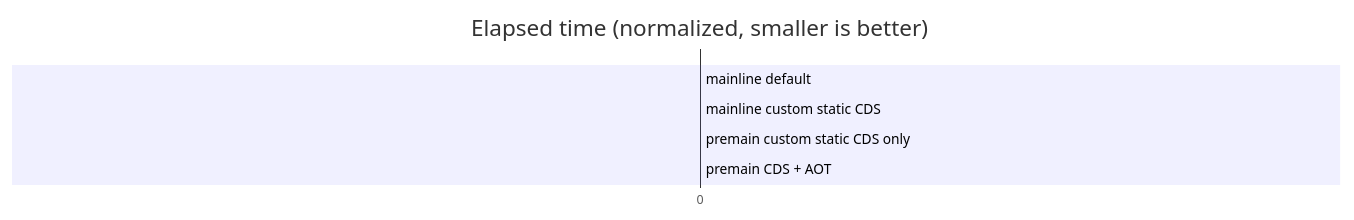
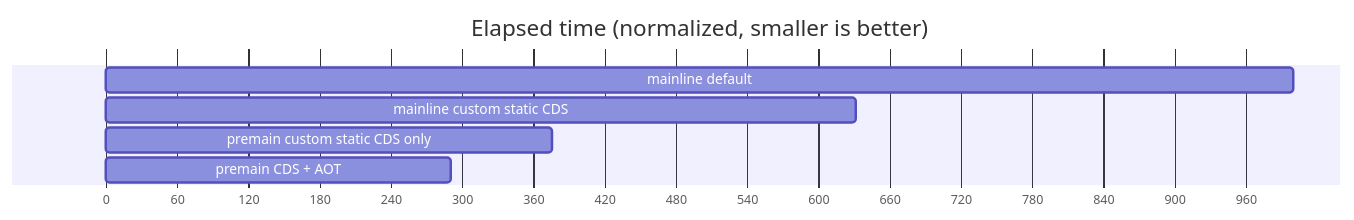
Before and after one commit to openjdk/leyden: the first of 4 diagrams in test/hotspot/jtreg/premain/README.md, drawn with Mermaid. The commit also changed other lines of this file, not shown here.

Commit message:
Fixed graphs in MD file

````diff
--- a/test/hotspot/jtreg/premain/README.md
+++ b/test/hotspot/jtreg/premain/README.md
@@ -48,12 +48,12 @@
 ```mermaid
 gantt
     title Elapsed time (normalized, smaller is better)
     todayMarker off
     dateFormat  X
     axisFormat %s
 
-    mainline default   : 0, 1.00000
-    mainline custom static CDS   : 0, 0.63273
-    premain custom static CDS only   : 0, 0.37635
-    premain CDS + AOT   : 0, 0.29117
+    mainline default   : 0, 1000
+    mainline custom static CDS   : 0, 632
+    premain custom static CDS only   : 0, 376
+    premain CDS + AOT   : 0, 291
 ```
````
